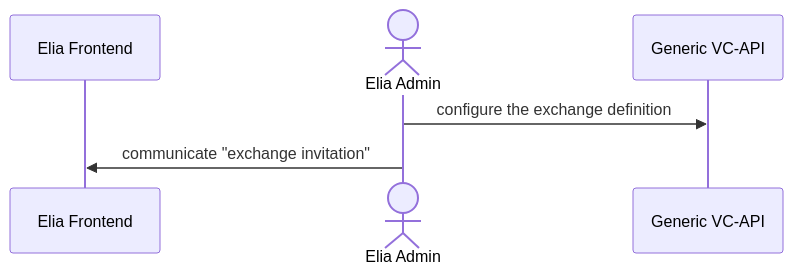
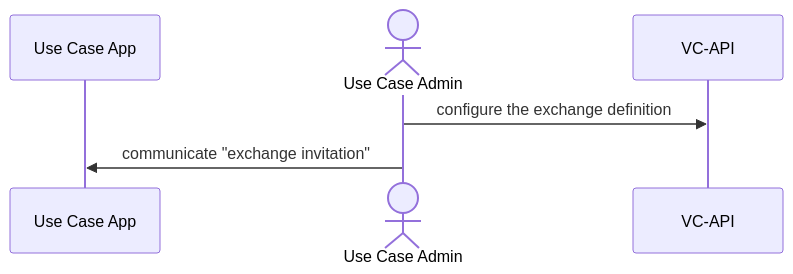
One commit to openwallet-foundation-labs/vc-api changed the first of 2 diagrams in README.md. Above: the diagram before and after it, drawn with Mermaid. The commit also changed other lines of this file and 1 other file, not shown here.

````diff
--- a/README.md
+++ b/README.md
@@ -92,9 +90,9 @@
 ```mermaid
 sequenceDiagram
-    participant E as Elia Frontend
-    actor EA as Elia Admin
-    participant VC as Generic VC-API
+    participant App as Use Case App
+    actor Admin as Use Case Admin
+    participant VC as VC-API
     
-    EA->>VC: configure the exchange definition 
-    EA->>E: communicate "exchange invitation" 
+    Admin->>VC: configure the exchange definition 
+    Admin->>App: communicate "exchange invitation" 
 ```
````
